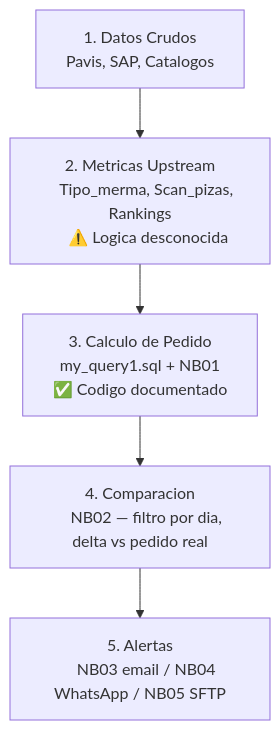
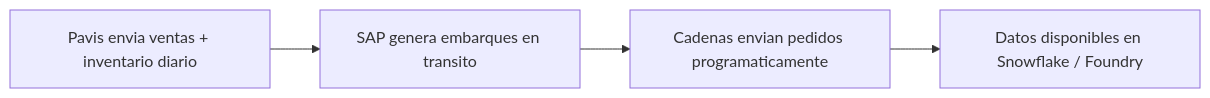
Before and after one commit to Solanthic/sigma-desarrollo-pedido-optimo: the first of 10 diagrams in context/NOTA_PARA_ENRIQUE.md, drawn with Mermaid. The commit also changed other lines of this file and 1 other file, not shown here.

````diff
--- a/context/NOTA_PARA_ENRIQUE.md
+++ b/context/NOTA_PARA_ENRIQUE.md
@@ -16,14 +167,6 @@
 ```mermaid
-flowchart TB
-    A["1. Datos Crudos
-    Pavis, SAP, Catalogos"] --> B["2. Metricas Upstream
-    Tipo_merma, Scan_pizas, Rankings
-    ⚠️ Logica desconocida"]
-    B --> C["3. Calculo de Pedido
-    my_query1.sql + NB01
-    ✅ Codigo documentado"]
-    C --> D["4. Comparacion
-    NB02 — filtro por dia, delta vs pedido real"]
-    D --> E["5. Alertas
-    NB03 email / NB04 WhatsApp / NB05 SFTP"]
+flowchart LR
+    A["Pavis envia ventas + inventario diario"] --> B["SAP genera embarques en transito"]
+    B --> C["Cadenas envian pedidos programaticamente"]
+    C --> D["Datos disponibles en Snowflake / Foundry"]
 ```
````
